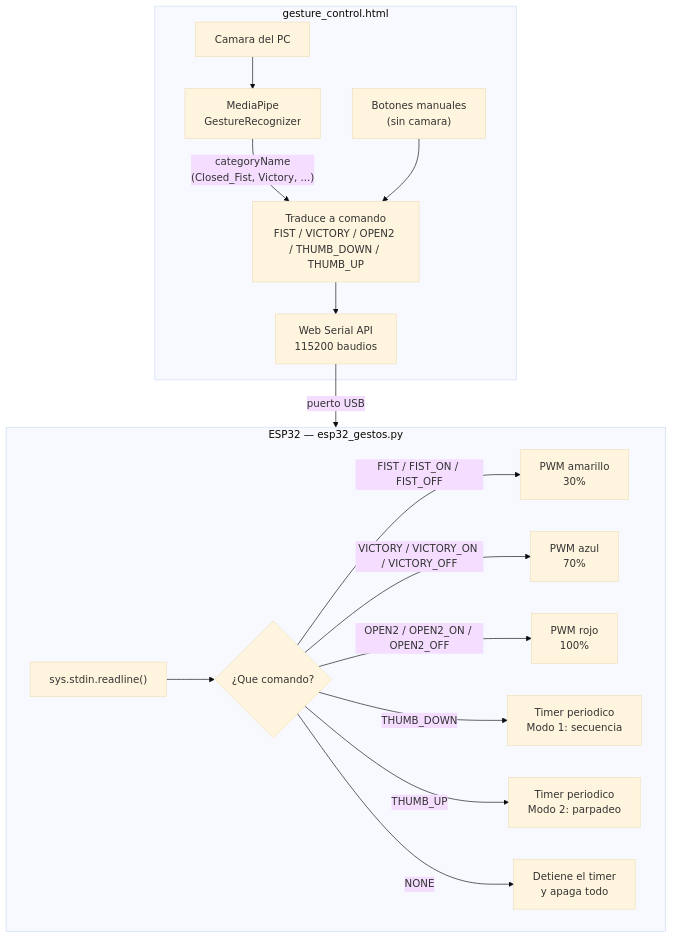
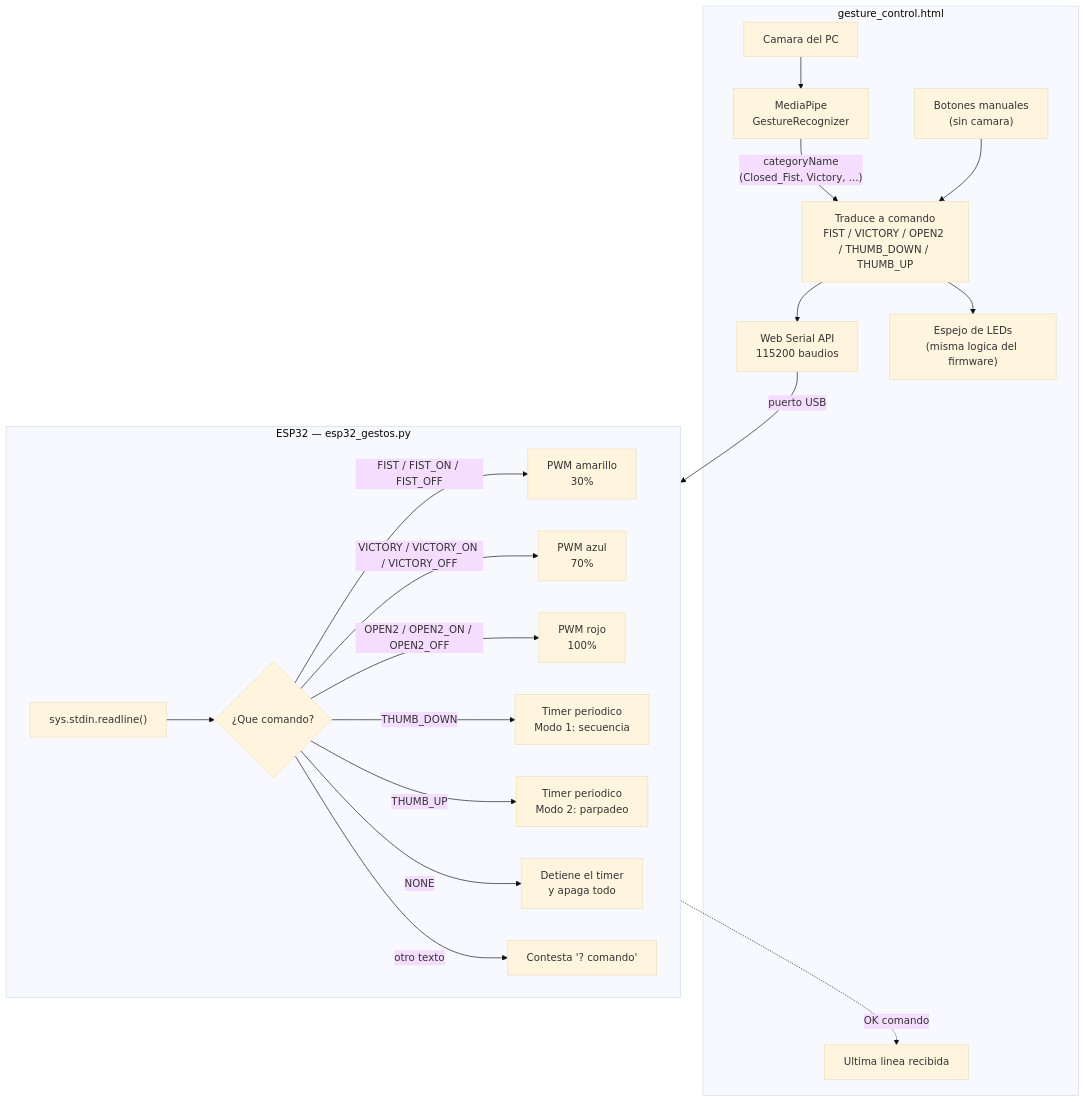
One commit to Dathinel/Sensores-Teoria changed the diagram in 6-control-de-led-mediante-gestos/README.md. Above: the diagram before and after it, drawn with Mermaid (base theme). The commit also changed other lines of this file and 72 other files, not shown here.

````diff
--- a/6-control-de-led-mediante-gestos/README.md
+++ b/6-control-de-led-mediante-gestos/README.md
@@ -29,21 +50,25 @@
 ```mermaid
 flowchart TD
     subgraph Navegador["gesture_control.html"]
         Cam["Camara del PC"] --> MP["MediaPipe<br/>GestureRecognizer"]
         MP -->|"categoryName<br/>(Closed_Fist, Victory, ...)"| Traduce["Traduce a comando<br/>FIST / VICTORY / OPEN2 / THUMB_DOWN / THUMB_UP"]
         BotonManual["Botones manuales<br/>(sin camara)"] --> Traduce
         Traduce --> Serial["Web Serial API<br/>115200 baudios"]
+        Traduce --> Espejo["Espejo de LEDs<br/>(misma logica del firmware)"]
+        Ultima["Ultima linea recibida"]
     end
 
     Serial -->|"puerto USB"| ESP
+    ESP -.->|"OK comando"| Ultima
 
     subgraph ESP["ESP32 — esp32_gestos.py"]
         Recibe["sys.stdin.readline()"] --> Comando{"¿Que comando?"}
         Comando -->|"FIST / FIST_ON / FIST_OFF"| Amarillo["PWM amarillo<br/>30%"]
         Comando -->|"VICTORY / VICTORY_ON / VICTORY_OFF"| Azul["PWM azul<br/>70%"]
         Comando -->|"OPEN2 / OPEN2_ON / OPEN2_OFF"| Rojo["PWM rojo<br/>100%"]
         Comando -->|"THUMB_DOWN"| Modo1["Timer periodico<br/>Modo 1: secuencia"]
         Comando -->|"THUMB_UP"| Modo2["Timer periodico<br/>Modo 2: parpadeo"]
         Comando -->|"NONE"| Detener["Detiene el timer<br/>y apaga todo"]
+        Comando -->|"otro texto"| Desconocido["Contesta '? comando'"]
     end
 ```
````
